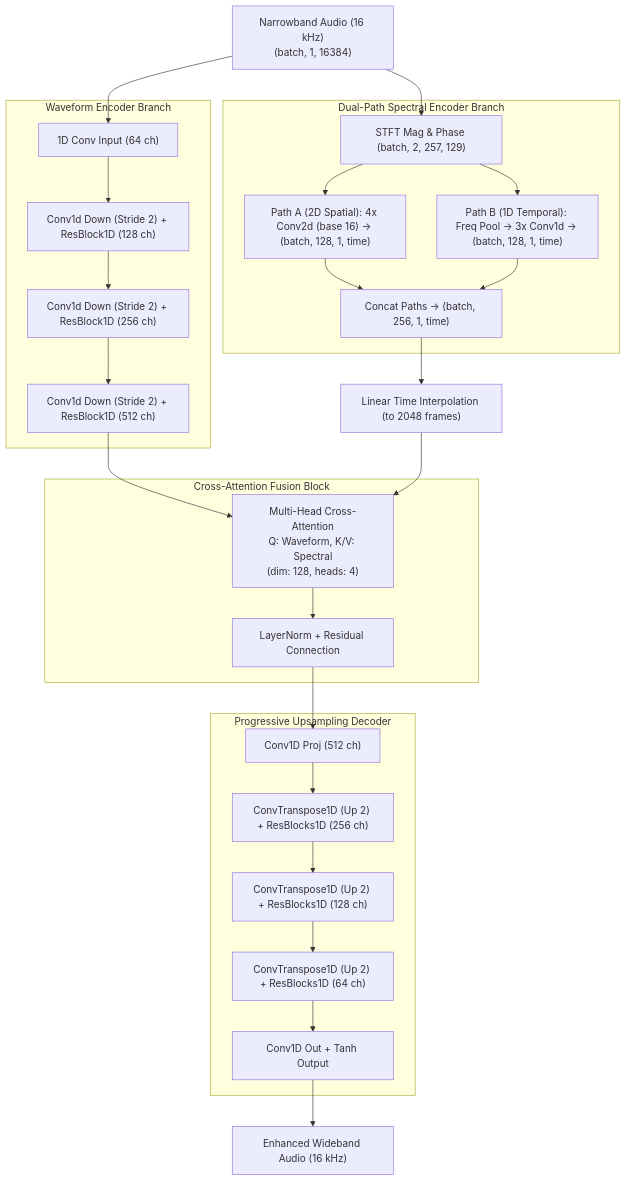
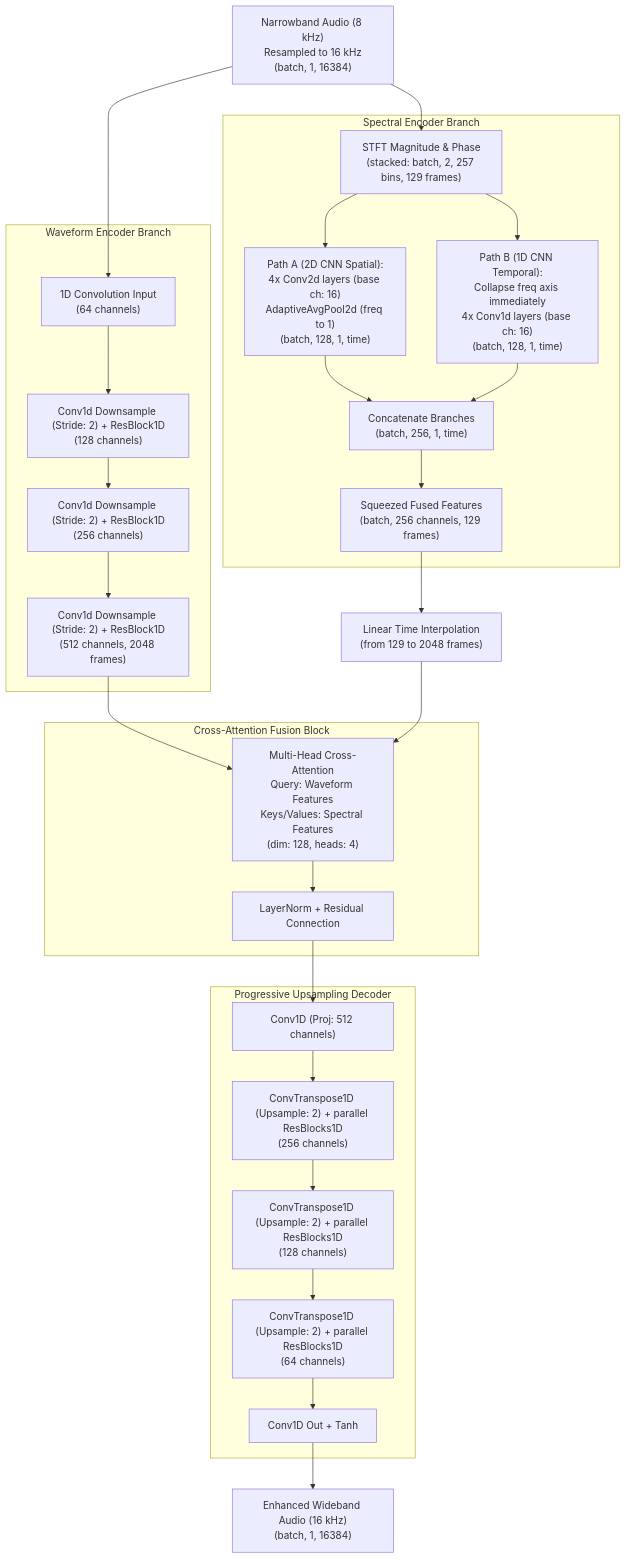
Before and after one commit to harshil-0/Enhanced_architechture_GAN_BWE: the first of 2 diagrams in FINAL_PROJECT_DOCUMENTATION.md, drawn with Mermaid. The commit also changed other lines of this file, not shown here.

Commit message:
Include detailed Generator and Discriminator architecture flowcharts in FINAL_PROJECT_DOCUMENTATION.md

````diff
--- a/FINAL_PROJECT_DOCUMENTATION.md
+++ b/FINAL_PROJECT_DOCUMENTATION.md
@@ -201,37 +208,44 @@
 ```mermaid
 graph TD
-    InputWav["Narrowband Audio (16 kHz)<br>(batch, 1, 16384)"] --> WaveBranch
+    %% Input
+    InputWav["Narrowband Audio (8 kHz)<br>Resampled to 16 kHz<br>(batch, 1, 16384)"] --> WaveBranch
     InputWav --> SpecBranch
     
+    %% Waveform Branch
     subgraph Waveform Encoder Branch
-        WaveBranch["1D Conv Input (64 ch)"] --> Down1["Conv1d Down (Stride 2) + ResBlock1D (128 ch)"]
-        Down1 --> Down2["Conv1d Down (Stride 2) + ResBlock1D (256 ch)"]
-        Down2 --> Down3["Conv1d Down (Stride 2) + ResBlock1D (512 ch)"]
+        WaveBranch["1D Convolution Input<br>(64 channels)"] --> Down1["Conv1d Downsample (Stride: 2) + ResBlock1D<br>(128 channels)"]
+        Down1 --> Down2["Conv1d Downsample (Stride: 2) + ResBlock1D<br>(256 channels)"]
+        Down2 --> Down3["Conv1d Downsample (Stride: 2) + ResBlock1D<br>(512 channels, 2048 frames)"]
     end
     
-    subgraph Dual-Path Spectral Encoder Branch
-        SpecBranch["STFT Mag & Phase (batch, 2, 257, 129)"] --> PathA["Path A (2D Spatial): 4x Conv2d (base 16) -> (batch, 128, 1, time)"]
-        SpecBranch --> PathB["Path B (1D Temporal): Freq Pool -> 3x Conv1d -> (batch, 128, 1, time)"]
-        PathA --> ConcatSpec["Concat Paths -> (batch, 256, 1, time)"]
+    %% Spectral Branch
+    subgraph Spectral Encoder Branch
+        SpecBranch["STFT Magnitude & Phase<br>(stacked: batch, 2, 257 bins, 129 frames)"] --> PathA["Path A (2D CNN Spatial):<br>4x Conv2d layers (base ch: 16)<br>AdaptiveAvgPool2d (freq to 1)<br>(batch, 128, 1, time)"]
+        SpecBranch --> PathB["Path B (1D CNN Temporal):<br>Collapse freq axis immediately<br>4x Conv1d layers (base ch: 16)<br>(batch, 128, 1, time)"]
+        PathA --> ConcatSpec["Concatenate Branches<br>(batch, 256, 1, time)"]
         PathB --> ConcatSpec
+        ConcatSpec --> FreqPool["Squeezed Fused Features<br>(batch, 256 channels, 129 frames)"]
     end
     
+    %% Attention Fusion
     Down3 --> AttnBlock
-    ConcatSpec --> InterpSpec["Linear Time Interpolation (to 2048 frames)"]
+    FreqPool --> InterpSpec["Linear Time Interpolation<br>(from 129 to 2048 frames)"]
     InterpSpec --> AttnBlock
     
     subgraph Cross-Attention Fusion Block
-        AttnBlock["Multi-Head Cross-Attention<br>Q: Waveform, K/V: Spectral<br>(dim: 128, heads: 4)"] --> AddNorm["LayerNorm + Residual Connection"]
+        AttnBlock["Multi-Head Cross-Attention<br>Query: Waveform Features<br>Keys/Values: Spectral Features<br>(dim: 128, heads: 4)"] --> AddNorm["LayerNorm + Residual Connection"]
     end
     
-    AddNorm --> DecIn["Conv1D Proj (512 ch)"]
+    %% Decoder
+    AddNorm --> DecIn["Conv1D (Proj: 512 channels)"]
     
     subgraph Progressive Upsampling Decoder
-        DecIn --> Up1["ConvTranspose1D (Up 2) + ResBlocks1D (256 ch)"]
-        Up1 --> Up2["ConvTranspose1D (Up 2) + ResBlocks1D (128 ch)"]
-        Up2 --> Up3["ConvTranspose1D (Up 2) + ResBlocks1D (64 ch)"]
-        Up3 --> ConvOut["Conv1D Out + Tanh Output"]
+        DecIn --> Up1["ConvTranspose1D (Upsample: 2) + parallel ResBlocks1D<br>(256 channels)"]
+        Up1 --> Up2["ConvTranspose1D (Upsample: 2) + parallel ResBlocks1D<br>(128 channels)"]
+        Up2 --> Up3["ConvTranspose1D (Upsample: 2) + parallel ResBlocks1D<br>(64 channels)"]
+        Up3 --> ConvOut["Conv1D Out + Tanh"]
     end
     
-    ConvOut --> OutputWav["Enhanced Wideband Audio (16 kHz)"]
+    %% Output
+    ConvOut --> OutputWav["Enhanced Wideband Audio (16 kHz)<br>(batch, 1, 16384)"]
 ```
````
